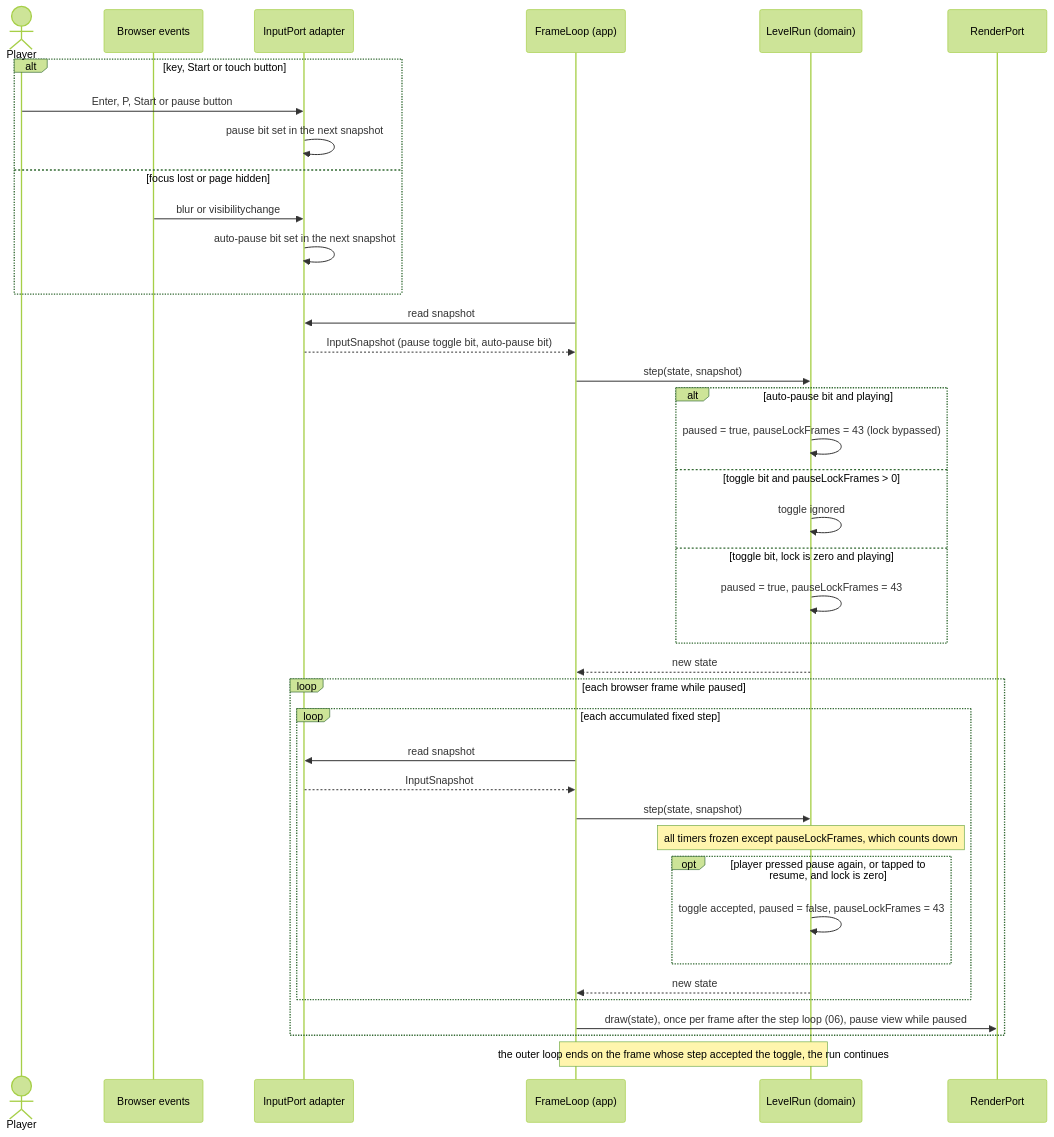
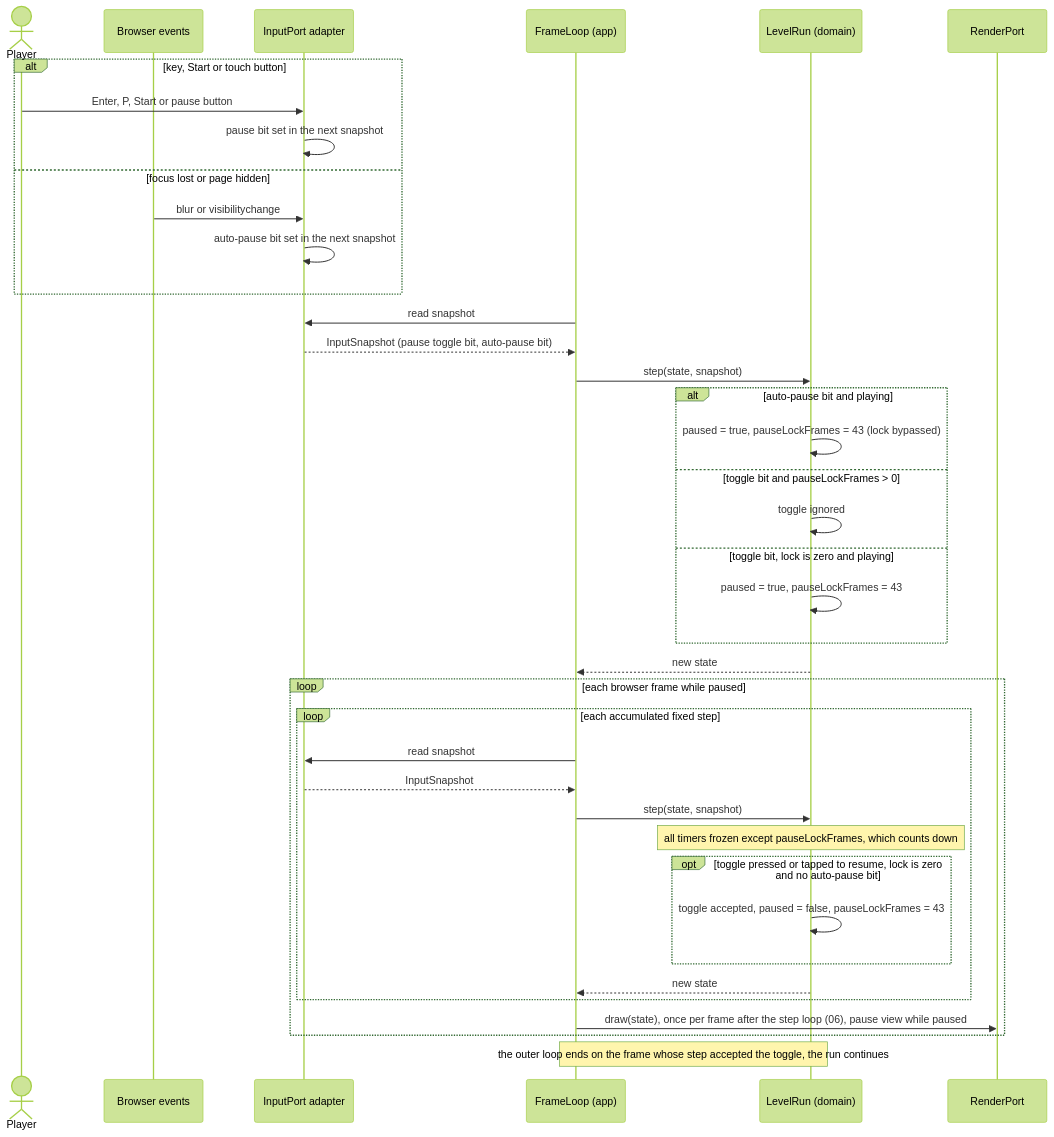
The diagram in docs/architecture/diagrams/gameplay/14-sequence-pause-resume.md (benoit-bremaud/retro-plumber), drawn with Mermaid (forest theme) before and after one commit. The commit also changed 3 other files, not shown here.

Commit message:
docs(uml): address tenth Codex review on sequences 11-14 (#7)

````diff
--- a/docs/architecture/diagrams/gameplay/14-sequence-pause-resume.md
+++ b/docs/architecture/diagrams/gameplay/14-sequence-pause-resume.md
@@ -14,41 +14,41 @@
 ```mermaid
 sequenceDiagram
     actor P as Player
     participant Br as Browser events
     participant In as InputPort adapter
     participant FL as FrameLoop (app)
     participant LR as LevelRun (domain)
     participant Out as RenderPort
     alt key, Start or touch button
         P->>In: Enter, P, Start or pause button
         In->>In: pause bit set in the next snapshot
     else focus lost or page hidden
         Br->>In: blur or visibilitychange
         In->>In: auto-pause bit set in the next snapshot
     end
     FL->>In: read snapshot
     In-->>FL: InputSnapshot (pause toggle bit, auto-pause bit)
     FL->>LR: step(state, snapshot)
     alt auto-pause bit and playing
         LR->>LR: paused = true, pauseLockFrames = 43 (lock bypassed)
     else toggle bit and pauseLockFrames > 0
         LR->>LR: toggle ignored
     else toggle bit, lock is zero and playing
         LR->>LR: paused = true, pauseLockFrames = 43
     end
     LR-->>FL: new state
     loop each browser frame while paused
         loop each accumulated fixed step
             FL->>In: read snapshot
             In-->>FL: InputSnapshot
             FL->>LR: step(state, snapshot)
             Note over LR: all timers frozen except pauseLockFrames, which counts down
-            opt player pressed pause again, or tapped to resume, and lock is zero
+            opt toggle pressed or tapped to resume, lock is zero and no auto-pause bit
                 LR->>LR: toggle accepted, paused = false, pauseLockFrames = 43
             end
             LR-->>FL: new state
         end
         FL->>Out: draw(state), once per frame after the step loop (06), pause view while paused
     end
     Note over FL,LR: the outer loop ends on the frame whose step accepted the toggle, the run continues
 ```
````
